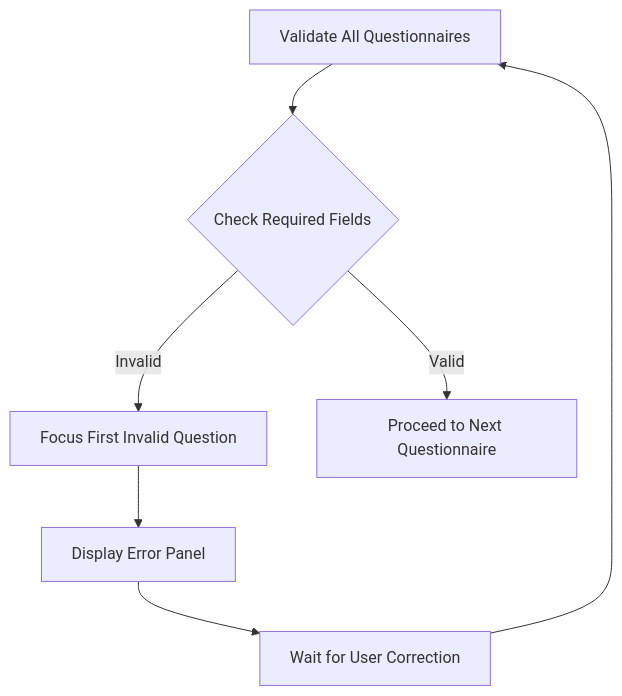
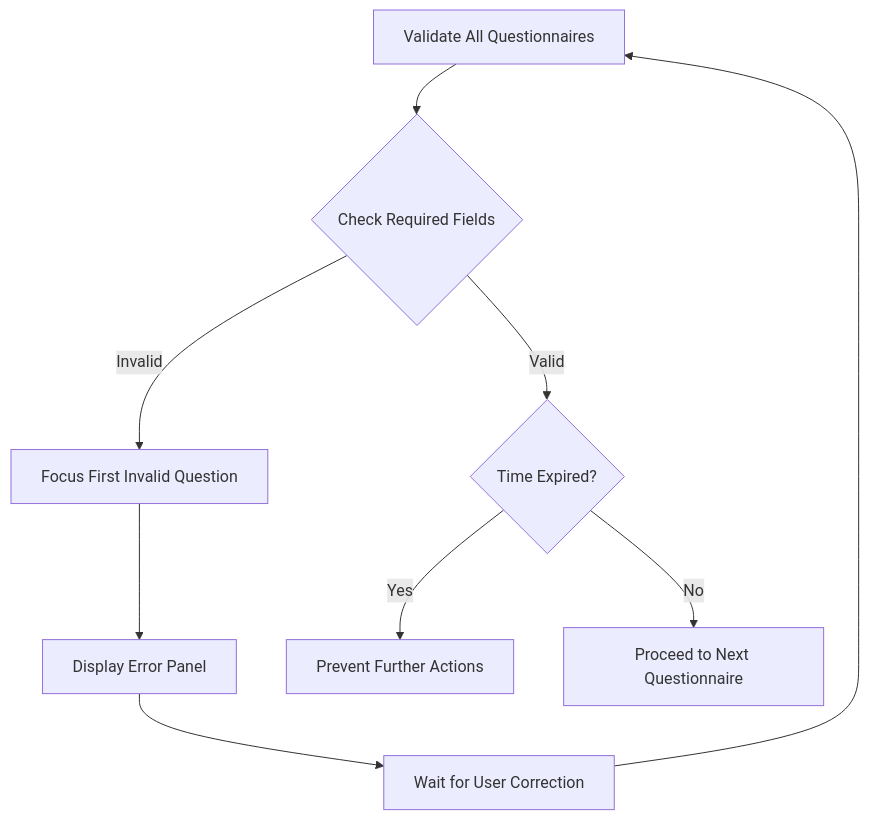
One commit to rudicatsmile/assesment360 changed the sixth of 9 diagrams in .qoder/repowiki/en/content/Core Features/Evaluation Workflows/Questionnaire Filling Interface.md. Above: the diagram before and after it, drawn with Mermaid. The commit also changed other lines of this file and 6 other files, not shown here.

````diff
--- a/.qoder/repowiki/en/content/Core Features/Evaluation Workflows/Questionnaire Filling Interface.md
+++ b/.qoder/repowiki/en/content/Core Features/Evaluation Workflows/Questionnaire Filling Interface.md
@@ -298,9 +398,11 @@
 ```mermaid
 flowchart TD
 Validate["Validate All Questionnaires"] --> CheckRequired{"Check Required Fields"}
 CheckRequired --> |Invalid| Focus["Focus First Invalid Question"]
 Focus --> ShowErrors["Display Error Panel"]
-CheckRequired --> |Valid| Proceed["Proceed to Next Questionnaire"]
+CheckRequired --> |Valid| CheckTime{"Time Expired?"}
+CheckTime --> |Yes| Prevent["Prevent Further Actions"]
+CheckTime --> |No| Proceed["Proceed to Next Questionnaire"]
 ShowErrors --> Wait["Wait for User Correction"]
 Wait --> Validate
 ```
````
